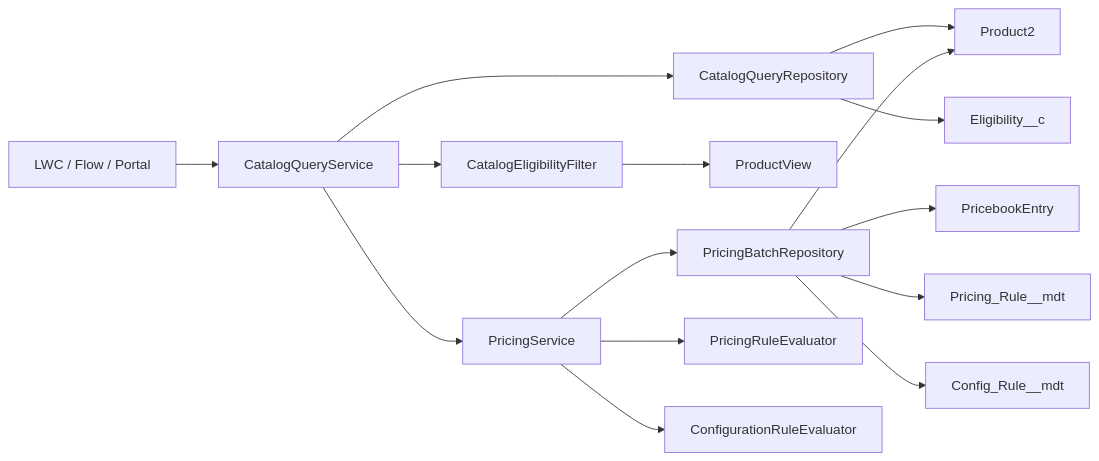
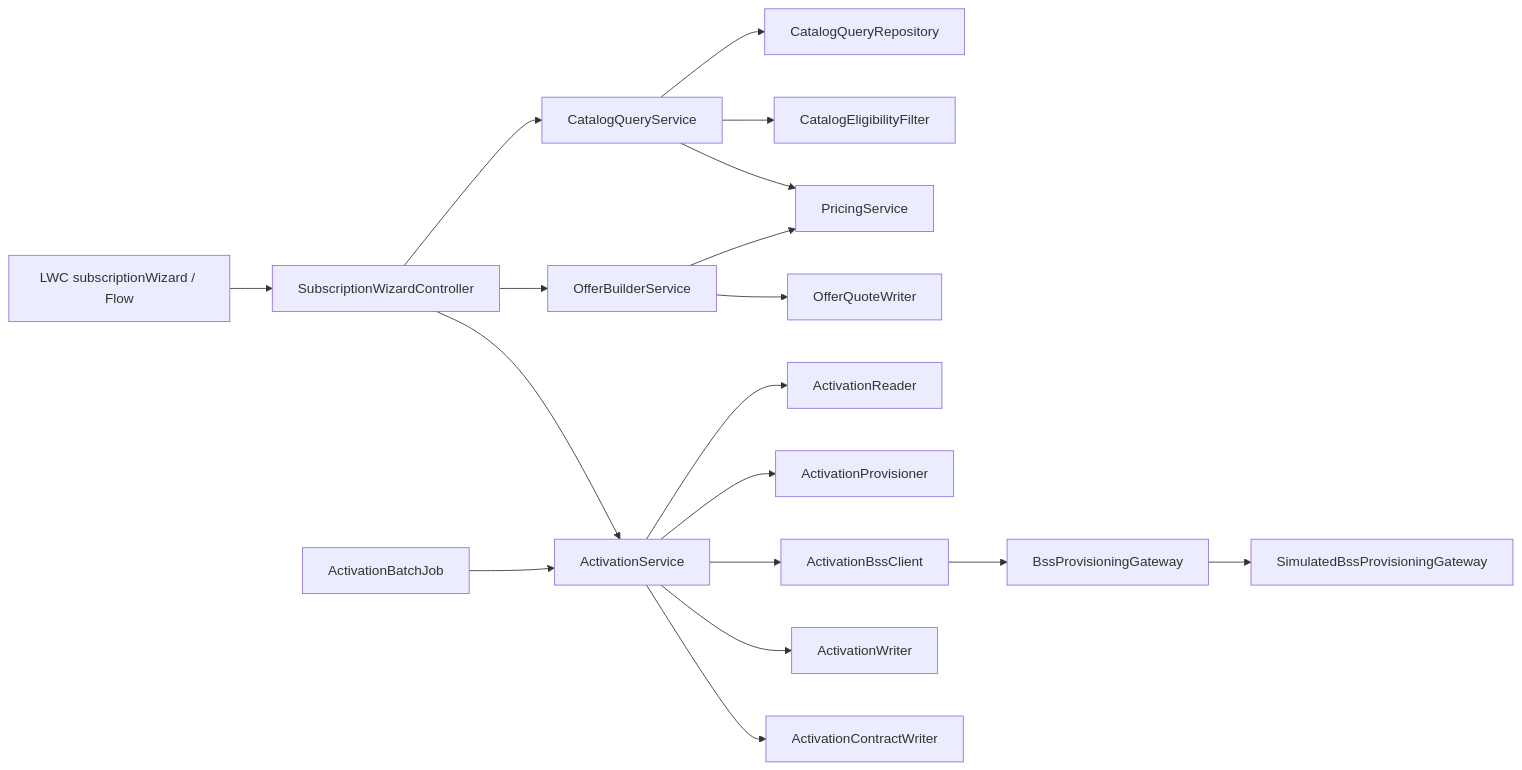
The diagram in README.md (AbdoAddouli/SFDX_Telecom), drawn with Mermaid before and after one commit. The commit also changed other lines of this file and 37 other files, not shown here.

````diff
--- a/README.md
+++ b/README.md
@@ -52,22 +73,25 @@
 ```mermaid
 flowchart LR
-    UI["LWC / Flow / Portal"] --> CQS["CatalogQueryService"]
+    UI["LWC subscriptionWizard / Flow"] --> SWC["SubscriptionWizardController"]
+    SWC --> CQS["CatalogQueryService"]
+    SWC --> OBS["OfferBuilderService"]
+    SWC --> AS["ActivationService"]
 
     CQS --> CQR["CatalogQueryRepository"]
     CQS --> CEF["CatalogEligibilityFilter"]
     CQS --> PS["PricingService"]
 
-    CQR --> P["Product2"]
-    CQR --> E["Eligibility__c"]
+    OBS --> PS
+    OBS --> OQW["OfferQuoteWriter"]
 
-    CEF --> V["ProductView"]
+    AS --> AR["ActivationReader"]
+    AS --> AP["ActivationProvisioner"]
+    AS --> AB["ActivationBssClient"]
+    AS --> AW["ActivationWriter"]
+    AS --> ACW["ActivationContractWriter"]
 
-    PS --> PBR["PricingBatchRepository"]
-    PS --> PRE["PricingRuleEvaluator"]
-    PS --> CRE["ConfigurationRuleEvaluator"]
+    AB --> BG["BssProvisioningGateway"]
+    BG --> SIM["SimulatedBssProvisioningGateway"]
 
-    PBR --> P
-    PBR --> PE["PricebookEntry"]
-    PBR --> PR["Pricing_Rule__mdt"]
-    PBR --> CR["Config_Rule__mdt"]
+    ABJ["ActivationBatchJob"] --> AS
 ```
````
